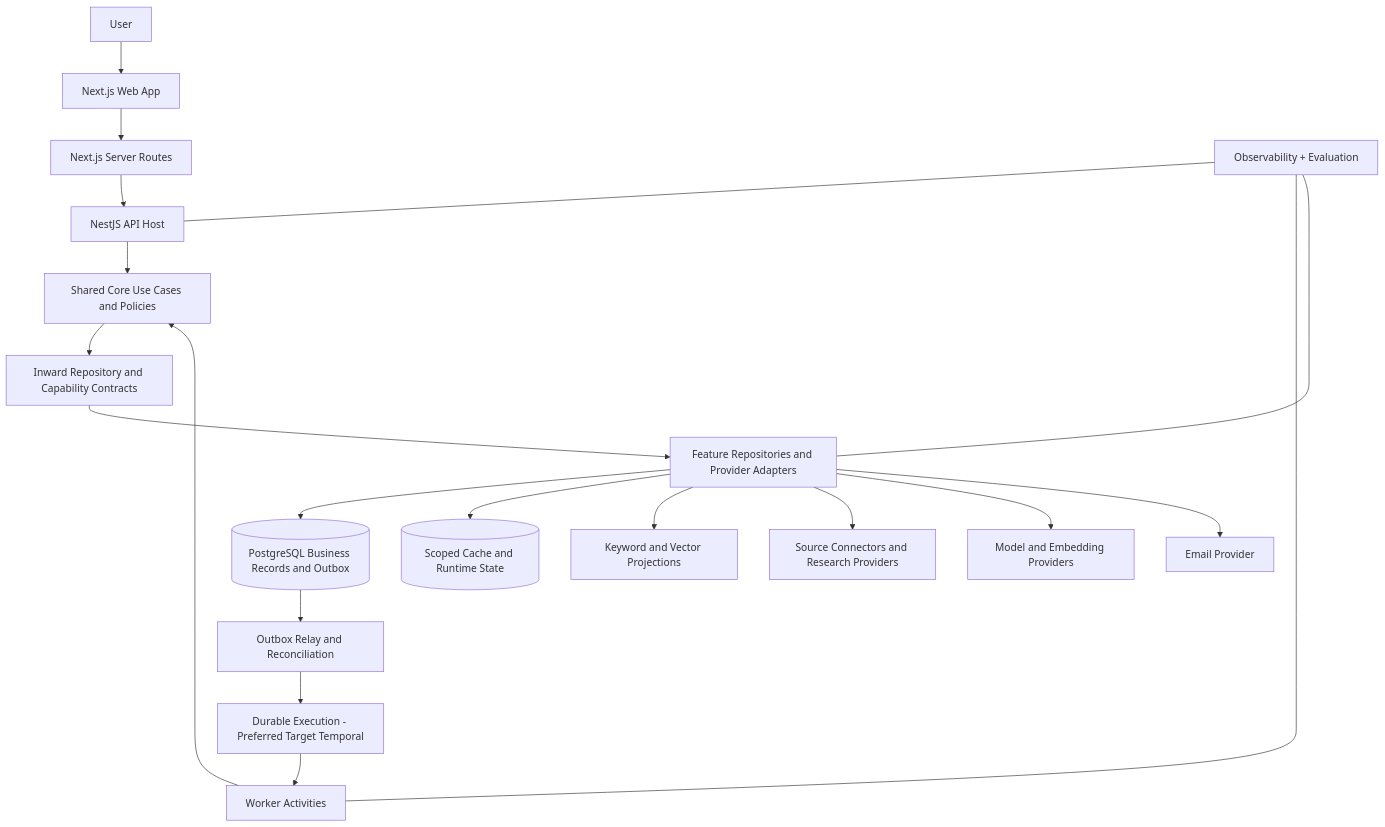
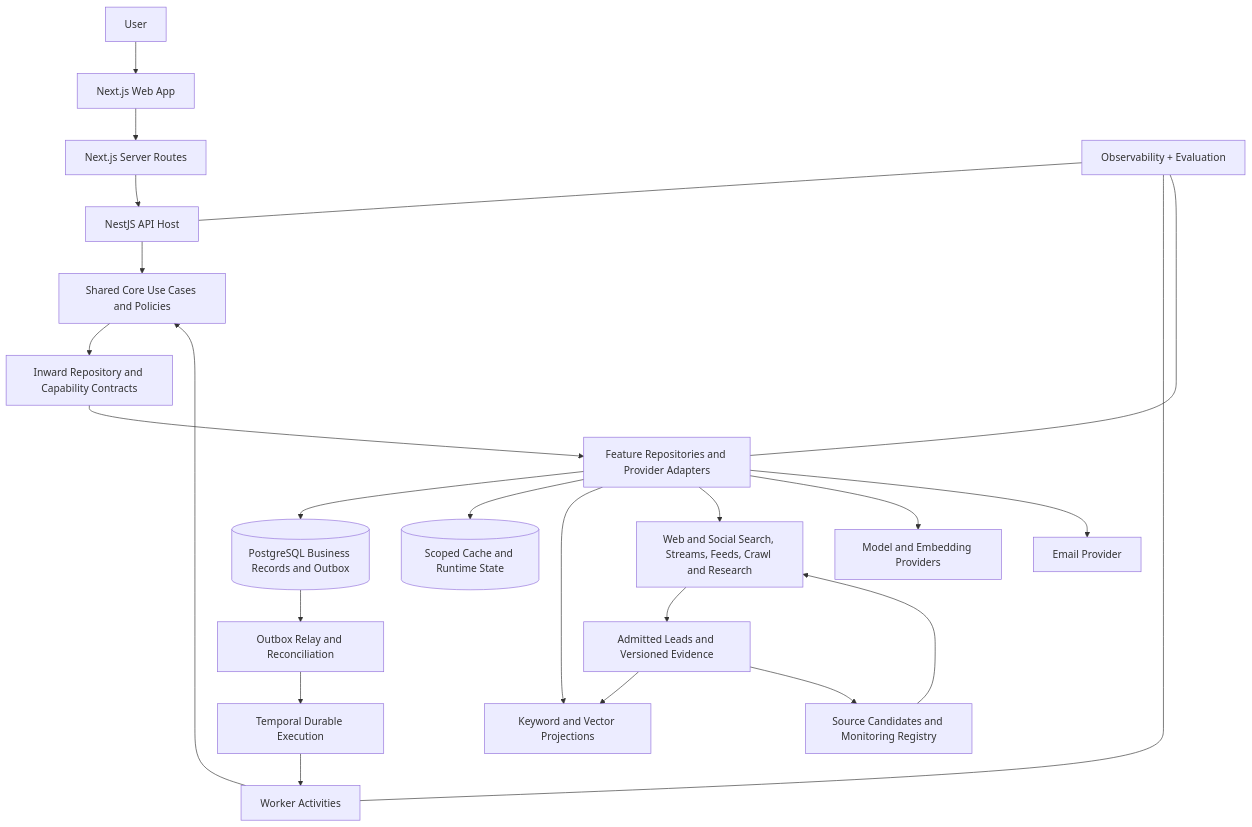
One commit to VictorOluwaseun/scoutalert changed the first of 2 diagrams in docs/architecture/scoutalert-platform-architecture-v0.1.md. Above: the diagram before and after it, drawn with Mermaid. The commit also changed other lines of this file and 19 other files, not shown here.

Commit message:
docs: define internet-wide discovery architecture and acceptance gates

````diff
--- a/docs/architecture/scoutalert-platform-architecture-v0.1.md
+++ b/docs/architecture/scoutalert-platform-architecture-v0.1.md
@@ -40,22 +46,26 @@
 ```mermaid
 flowchart TB
     USER[User] --> WEB[Next.js Web App]
     WEB --> SERVER[Next.js Server Routes]
     SERVER --> API[NestJS API Host]
     API --> CORE[Shared Core Use Cases and Policies]
     WORKER[Worker Activities] --> CORE
     CORE --> PORTS[Inward Repository and Capability Contracts]
     PORTS --> ADAPTERS[Feature Repositories and Provider Adapters]
     ADAPTERS --> PG[(PostgreSQL Business Records and Outbox)]
     ADAPTERS --> REDIS[(Scoped Cache and Runtime State)]
     ADAPTERS --> INDEX[Keyword and Vector Projections]
-    ADAPTERS --> SOURCES[Source Connectors and Research Providers]
+    ADAPTERS --> SOURCES[Web and Social Search, Streams, Feeds, Crawl and Research]
+    SOURCES --> LEADS[Admitted Leads and Versioned Evidence]
+    LEADS --> INDEX
+    LEADS --> REGISTRY[Source Candidates and Monitoring Registry]
+    REGISTRY --> SOURCES
     ADAPTERS --> AI[Model and Embedding Providers]
     ADAPTERS --> EMAIL[Email Provider]
     PG --> RELAY[Outbox Relay and Reconciliation]
-    RELAY --> EXEC[Durable Execution - Preferred Target Temporal]
+    RELAY --> EXEC[Temporal Durable Execution]
     EXEC --> WORKER
     OBS[Observability + Evaluation] --- API
     OBS --- WORKER
     OBS --- ADAPTERS
 ```
````
